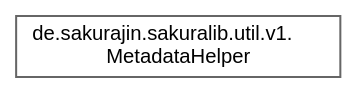
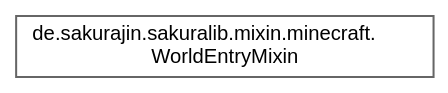
Before and after one commit to noah1510/sakura-lib: the diagram in inherit_graph_16.dot, drawn with Graphviz. The commit also changed 146 other files, not shown here.

```diff
--- a/inherit_graph_16.dot
+++ b/inherit_graph_16.dot
@@ -1,9 +1,9 @@
 digraph "Graphical Class Hierarchy"
 {
  // LATEX_PDF_SIZE
   bgcolor="transparent";
   edge [fontname=Helvetica,fontsize=10,labelfontname=Helvetica,labelfontsize=10];
   node [fontname=Helvetica,fontsize=10,shape=box,height=0.2,width=0.4];
   rankdir="LR";
-  Node0 [label="de.sakurajin.sakuralib.util.v1.\lMetadataHelper",height=0.2,width=0.4,color="grey40", fillcolor="white", style="filled",URL="$classde_1_1sakurajin_1_1sakuralib_1_1util_1_1v1_1_1MetadataHelper.html",tooltip=" "];
+  Node0 [label="de.sakurajin.sakuralib.mixin.minecraft.\lWorldEntryMixin",height=0.2,width=0.4,color="grey40", fillcolor="white", style="filled",URL="$classde_1_1sakurajin_1_1sakuralib_1_1mixin_1_1minecraft_1_1WorldEntryMixin.html",tooltip=" "];
 }
```
